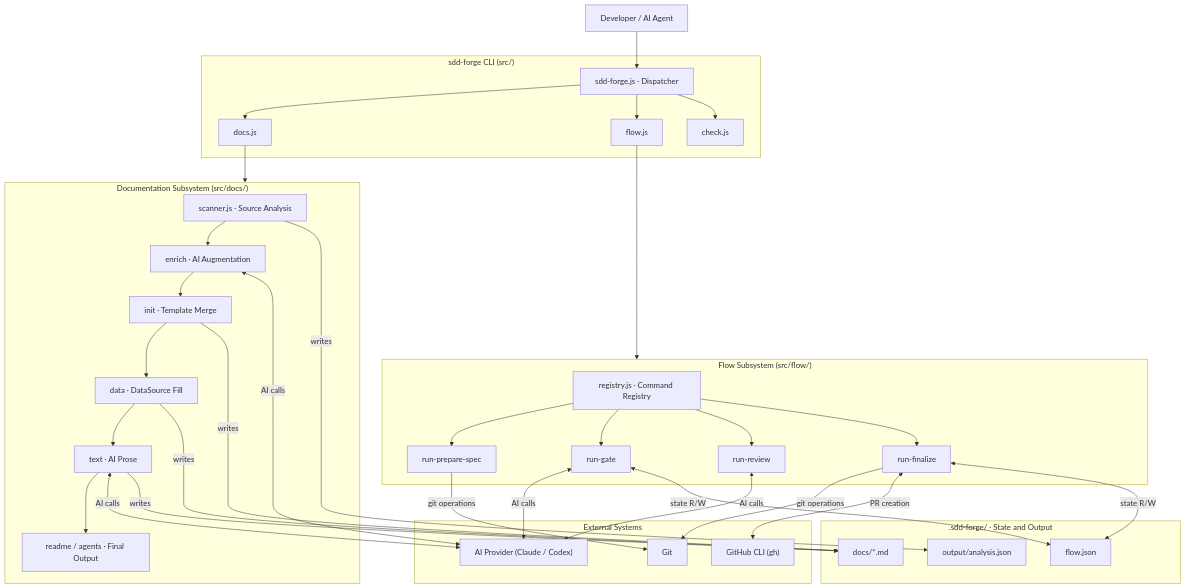
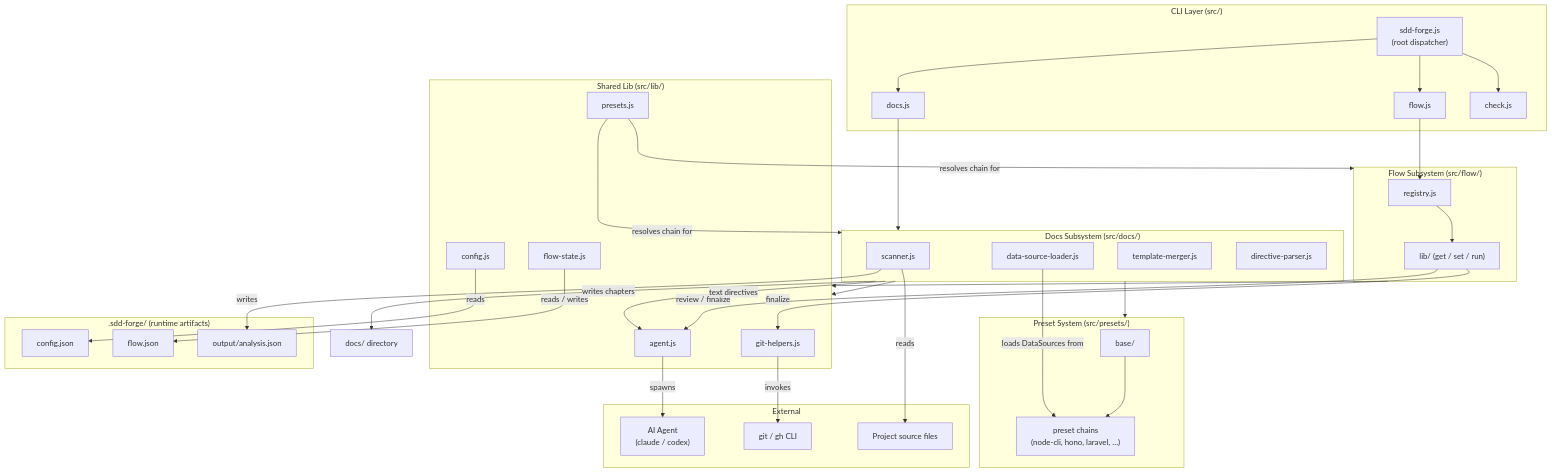
Before and after one commit to SpreadWorks/sdd-forge: the second of 2 diagrams in docs/overview.md, drawn with Mermaid. The commit also changed other lines of this file and 37 other files, not shown here.

````diff
--- a/docs/overview.md
+++ b/docs/overview.md
@@ -144,54 +158,66 @@
 ```mermaid
 flowchart TD
-    USER["Developer / AI Agent"] --> CLI
-
-    subgraph Tool["sdd-forge CLI (src/)"]
-        CLI["sdd-forge.js · Dispatcher"]
+    subgraph CLI["CLI Layer (src/)"]
+        ENTRY["sdd-forge.js\n(root dispatcher)"]
         DOCS_D["docs.js"]
         FLOW_D["flow.js"]
         CHECK_D["check.js"]
-        CLI --> DOCS_D & FLOW_D & CHECK_D
     end
 
-    subgraph DocsSub["Documentation Subsystem (src/docs/)"]
-        SCANNER["scanner.js · Source Analysis"]
-        ENRICH_C["enrich · AI Augmentation"]
-        INIT_C["init · Template Merge"]
-        DATA_C["data · DataSource Fill"]
-        TEXT_C["text · AI Prose"]
-        OUTPUT_C["readme / agents · Final Output"]
-        SCANNER --> ENRICH_C --> INIT_C --> DATA_C --> TEXT_C --> OUTPUT_C
+    subgraph DOCS_SUB["Docs Subsystem (src/docs/)"]
+        SCANNER["scanner.js"]
+        DSL["data-source-loader.js"]
+        TMPL["template-merger.js"]
+        DIRP["directive-parser.js"]
     end
 
-    subgraph FlowSub["Flow Subsystem (src/flow/)"]
-        REGISTRY["registry.js · Command Registry"]
-        PREPARE_L["run-prepare-spec"]
-        GATE_L["run-gate"]
-        REVIEW_L["run-review"]
-        FINALIZE_L["run-finalize"]
-        REGISTRY --> PREPARE_L & GATE_L & REVIEW_L & FINALIZE_L
+    subgraph FLOW_SUB["Flow Subsystem (src/flow/)"]
+        REG["registry.js"]
+        FLIB["lib/ (get / set / run)"]
     end
 
-    subgraph Store[".sdd-forge/ · State and Output"]
-        ANALYSIS["output/analysis.json"]
-        FLOW_JSON["flow.json"]
-        DOCS_DIR["docs/*.md"]
+    subgraph PRESETS["Preset System (src/presets/)"]
+        BASE["base/"]
+        CHAINS["preset chains\n(node-cli, hono, laravel, …)"]
+        BASE --> CHAINS
     end
 
-    subgraph Ext["External Systems"]
-        AI_P["AI Provider (Claude / Codex)"]
-        GH_P["GitHub CLI (gh)"]
-        GIT_P["Git"]
+    subgraph SHARED["Shared Lib (src/lib/)"]
+        AGENT_L["agent.js"]
+        CONFIG_L["config.js"]
+        FS_L["flow-state.js"]
+        GIT_L["git-helpers.js"]
+        PRESET_L["presets.js"]
     end
 
-    DOCS_D --> DocsSub
-    FLOW_D --> FlowSub
+    subgraph ARTIFACTS[".sdd-forge/ (runtime artifacts)"]
+        CFGJSON["config.json"]
+        FLOWJSON["flow.json"]
+        ANA["output/analysis.json"]
+    end
 
-    SCANNER -->|writes| ANALYSIS
-    ENRICH_C & TEXT_C <-->|AI calls| AI_P
-    INIT_C & DATA_C & TEXT_C -->|writes| DOCS_DIR
-    GATE_L & REVIEW_L <-->|AI calls| AI_P
-    PREPARE_L & FINALIZE_L -->|git operations| GIT_P
-    FINALIZE_L <-->|PR creation| GH_P
-    GATE_L & FINALIZE_L <-->|state R/W| FLOW_JSON
+    subgraph EXT["External"]
+        AI["AI Agent\n(claude / codex)"]
+        GIT["git / gh CLI"]
+        SRC["Project source files"]
+    end
+
+    ENTRY --> DOCS_D & FLOW_D & CHECK_D
+    DOCS_D --> DOCS_SUB
+    FLOW_D --> REG --> FLIB
+    DOCS_SUB --> PRESETS
+    DOCS_SUB --> SHARED
+    FLOW_SUB --> SHARED
+    SCANNER -->|reads| SRC
+    SCANNER -->|writes| ANA
+    DSL -->|loads DataSources from| CHAINS
+    AGENT_L -->|spawns| AI
+    GIT_L -->|invokes| GIT
+    CONFIG_L -->|reads| CFGJSON
+    FS_L -->|reads / writes| FLOWJSON
+    DOCS_SUB -->|text directives| AGENT_L
+    DOCS_SUB -->|writes chapters| DOCDIR["docs/ directory"]
+    FLIB -->|review / finalize| AGENT_L
+    FLIB -->|finalize| GIT_L
+    PRESET_L -->|resolves chain for| DOCS_SUB & FLOW_SUB
 ```
````
